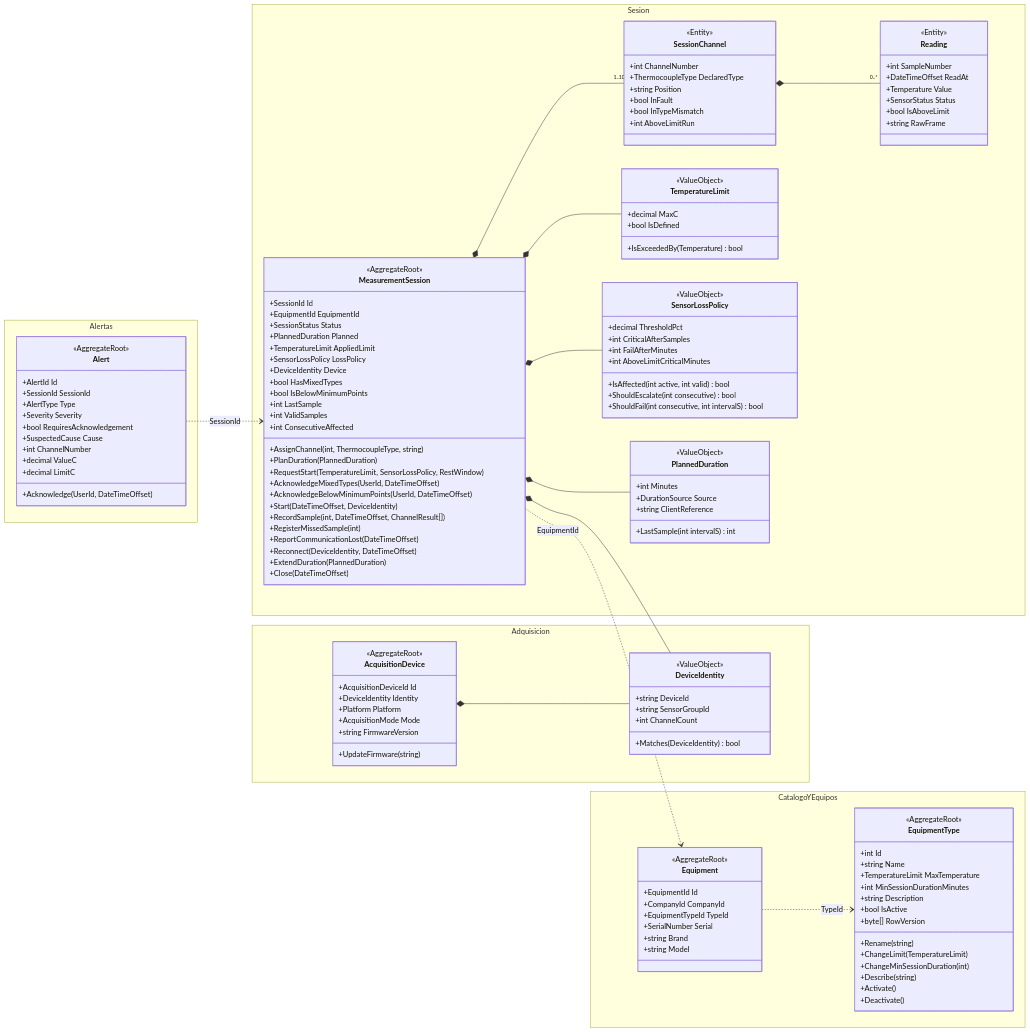
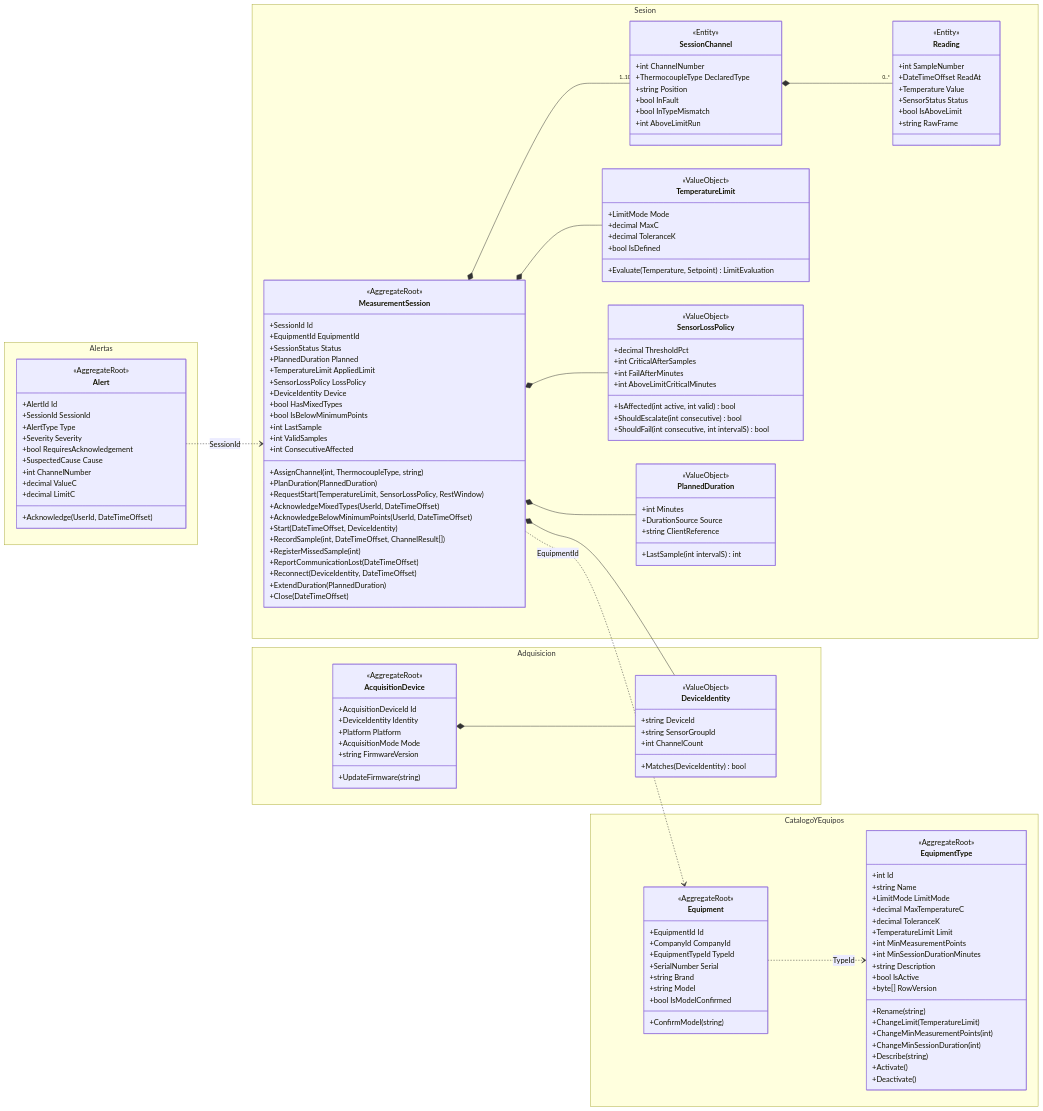
Before and after one commit to ocarranzam/ThermalCalibration: the second of 3 diagrams in docs/architecture/domain-model.md, drawn with Mermaid. The commit also changed other lines of this file and 61 other files, not shown here.

```diff
--- a/docs/architecture/domain-model.md
+++ b/docs/architecture/domain-model.md
@@ -53,13 +54,18 @@
             <<AggregateRoot>>
             +int Id
             +string Name
-            +TemperatureLimit MaxTemperature
+            +LimitMode LimitMode
+            +decimal MaxTemperatureC
+            +decimal ToleranceK
+            +TemperatureLimit Limit
+            +int MinMeasurementPoints
             +int MinSessionDurationMinutes
             +string Description
             +bool IsActive
             +byte[] RowVersion
             +Rename(string)
             +ChangeLimit(TemperatureLimit)
+            +ChangeMinMeasurementPoints(int)
             +ChangeMinSessionDuration(int)
             +Describe(string)
             +Activate()
@@ -73,6 +79,8 @@
             +SerialNumber Serial
             +string Brand
             +string Model
+            +bool IsModelConfirmed
+            +ConfirmModel(string)
         }
     }
 
@@ -143,9 +151,11 @@
         }
         class TemperatureLimit {
             <<ValueObject>>
+            +LimitMode Mode
             +decimal MaxC
+            +decimal ToleranceK
             +bool IsDefined
-            +IsExceededBy(Temperature) bool
+            +Evaluate(Temperature, Setpoint) LimitEvaluation
         }
         class SensorLossPolicy {
             <<ValueObject>>
```
